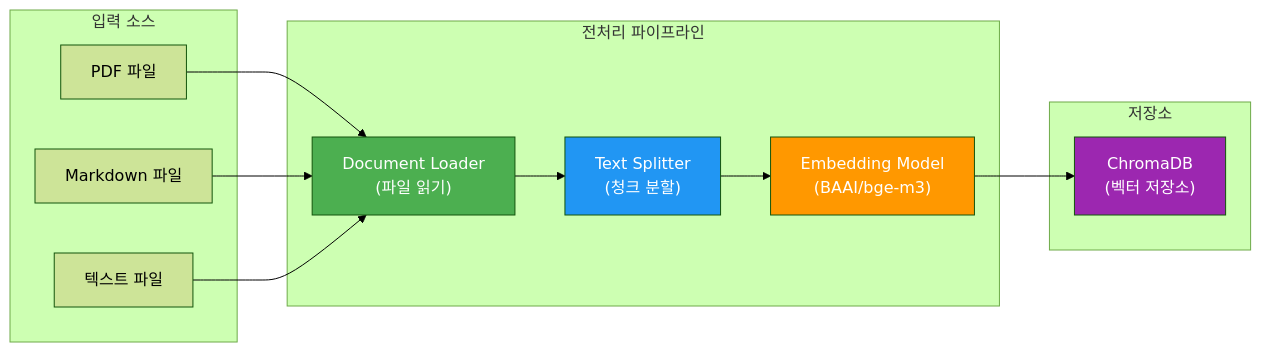
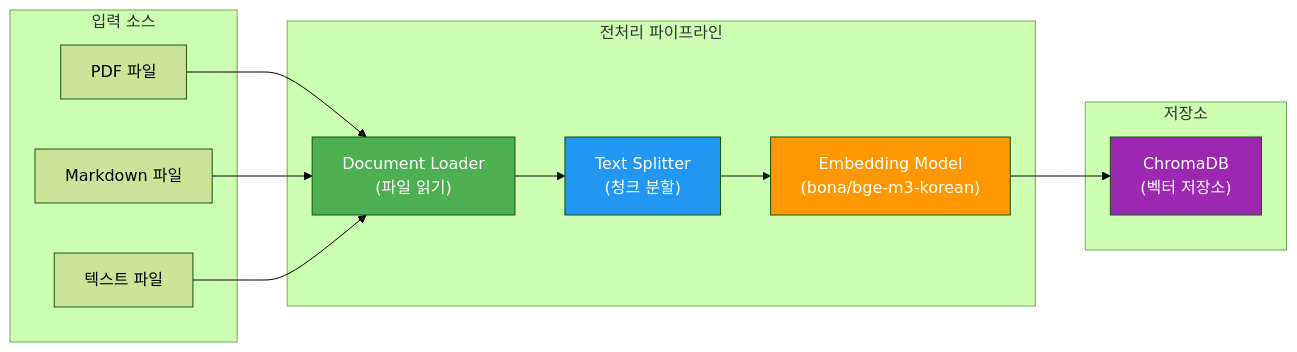
Before and after one commit to laurus-kpa007/agentic-rag-bot: the ninth of 12 diagrams in docs/architecture.md, drawn with Mermaid (forest theme). The commit also changed 13 other files, not shown here.

````diff
--- a/docs/architecture.md
+++ b/docs/architecture.md
@@ -373,31 +373,31 @@
 ```mermaid
 flowchart LR
     subgraph "입력 소스"
         PDF["PDF 파일"]
         MD["Markdown 파일"]
         TXT["텍스트 파일"]
     end
 
     subgraph "전처리 파이프라인"
         Loader["Document Loader<br/>(파일 읽기)"]
         Splitter["Text Splitter<br/>(청크 분할)"]
-        Embedder["Embedding Model<br/>(BAAI/bge-m3)"]
+        Embedder["Embedding Model<br/>(bona/bge-m3-korean)"]
     end
 
     subgraph "저장소"
         ChromaDB["ChromaDB<br/>(벡터 저장소)"]
     end
 
     PDF --> Loader
     MD --> Loader
     TXT --> Loader
 
     Loader --> Splitter
     Splitter --> Embedder
     Embedder --> ChromaDB
 
     style Loader fill:#4CAF50,color:#fff
     style Splitter fill:#2196F3,color:#fff
     style Embedder fill:#FF9800,color:#fff
     style ChromaDB fill:#9C27B0,color:#fff
 ```
````
